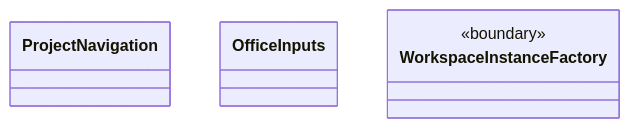
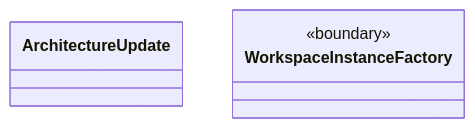
One commit to nan023062/cbim changed the fifth of 6 diagrams in src/logic/projects/ARCHITECTURE.md. Above: the diagram before and after it, drawn with Mermaid. The commit also changed other lines of this file and 34 other files, not shown here.

First line of the commit message:
feat: streamline Office navigation and add explicit skill commands

````diff
--- a/src/logic/projects/ARCHITECTURE.md
+++ b/src/logic/projects/ARCHITECTURE.md
@@ -173,11 +159,9 @@
 ```mermaid
 classDiagram
-class N_69c6c3829baf["ProjectNavigation"]
-click N_69c6c3829baf href "navigation.ts"
-class N_64258a8e666e["OfficeInputs"]
-click N_64258a8e666e href "office-inputs.ts"
+class N_0894698bbef1["ArchitectureUpdate"]
+click N_0894698bbef1 href "architecture-update.ts"
 class N_c26b7944d23b["WorkspaceInstanceFactory"] {
   <<boundary>>
 }
 click N_c26b7944d23b href "../../framework/business/workspace-instance.ts"
 ```
````
